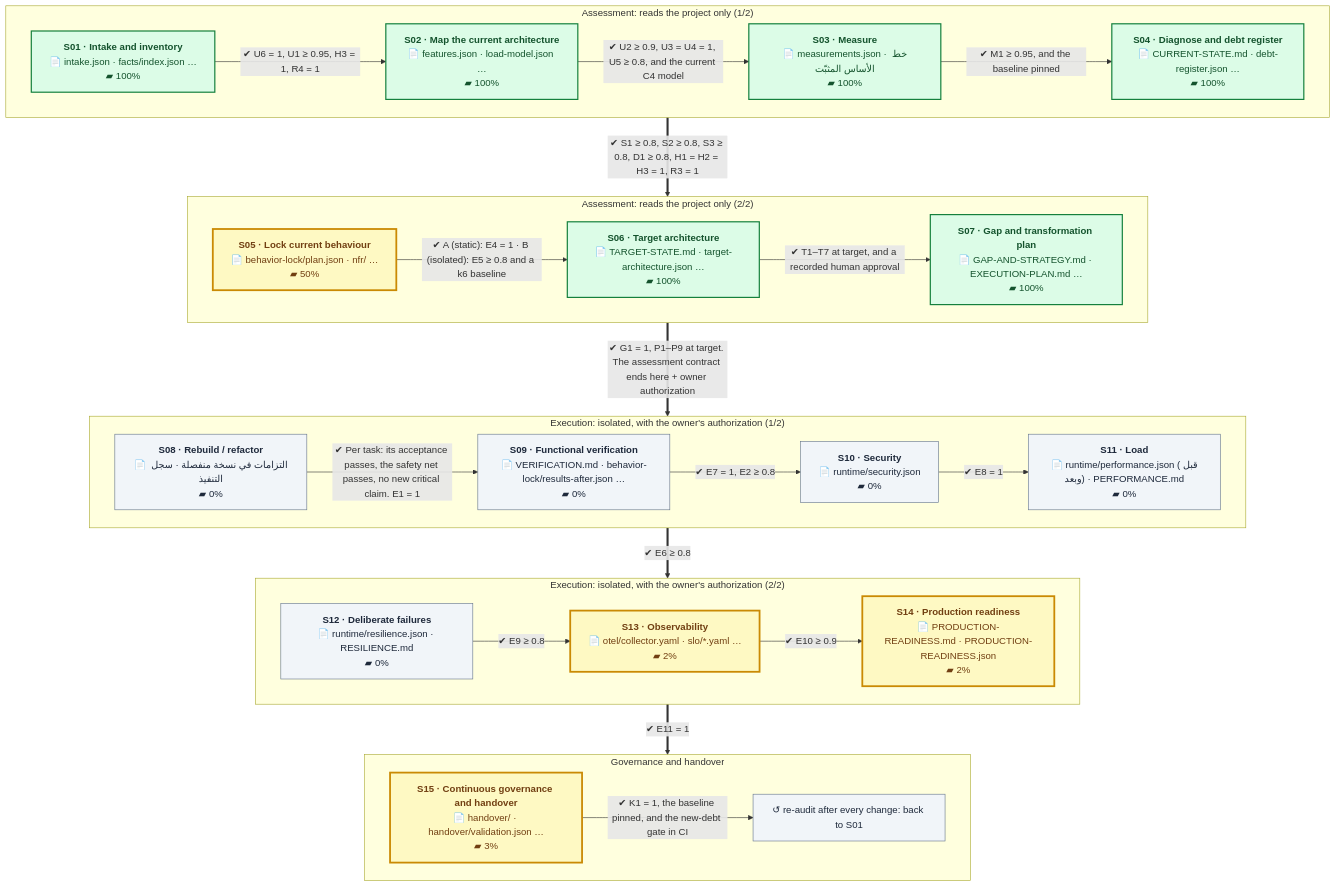
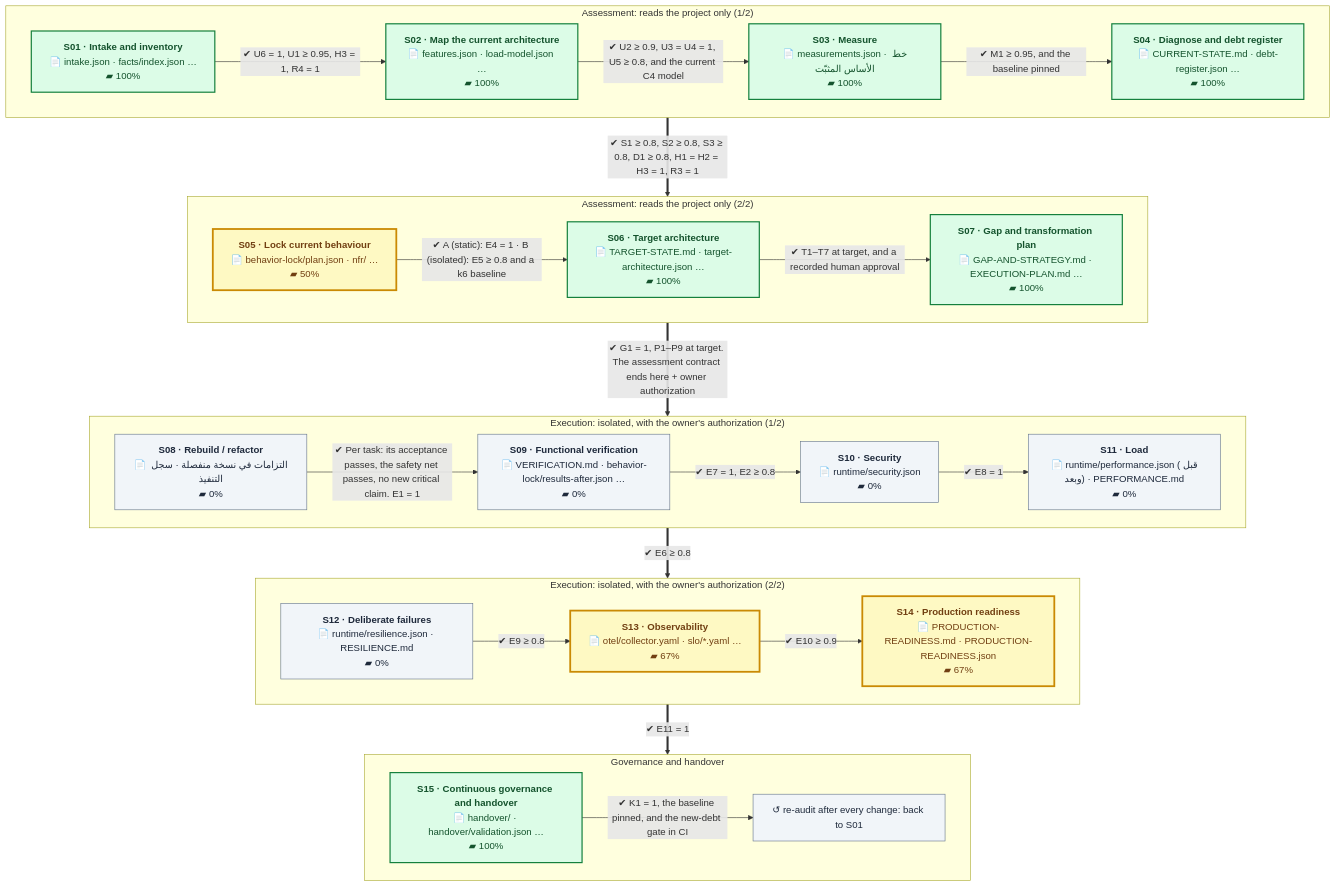
One commit to eom1417/engineering-audit-os changed the first of 2 diagrams in README.en.md. Above: the diagram before and after it, drawn with Mermaid. The commit also changed other lines of this file and 26 other files, not shown here.

````diff
--- a/README.en.md
+++ b/README.en.md
@@ -52,54 +52,54 @@
 ```mermaid
 %%{init: {'flowchart': {'wrappingWidth': 260, 'nodeSpacing': 40, 'rankSpacing': 60}}}%%
 flowchart TB
     subgraph P1["Assessment: reads the project only (1/2)"]
         direction LR
         S01["<b>S01 · Intake and inventory</b><br/>📄 intake.json · facts/index.json …<br/>▰ 100%"]:::done
         S02["<b>S02 · Map the current architecture</b><br/>📄 features.json · load-model.json …<br/>▰ 100%"]:::done
         S03["<b>S03 · Measure</b><br/>📄 measurements.json · خط الأساس المثبّت<br/>▰ 100%"]:::done
         S04["<b>S04 · Diagnose and debt register</b><br/>📄 CURRENT-STATE.md · debt-register.json …<br/>▰ 100%"]:::done
         S01 -->|"✔ U6 = 1, U1 ≥ 0.95, H3 = 1, R4 = 1"| S02
         S02 -->|"✔ U2 ≥ 0.9, U3 = U4 = 1, U5 ≥ 0.8, and the current C4 model"| S03
         S03 -->|"✔ M1 ≥ 0.95, and the baseline pinned"| S04
     end
     subgraph P2["Assessment: reads the project only (2/2)"]
         direction LR
         S05["<b>S05 · Lock current behaviour</b><br/>📄 behavior-lock/plan.json · nfr/ …<br/>▰ 50%"]:::current
         S06["<b>S06 · Target architecture</b><br/>📄 TARGET-STATE.md · target-architecture.json …<br/>▰ 100%"]:::done
         S07["<b>S07 · Gap and transformation plan</b><br/>📄 GAP-AND-STRATEGY.md · EXECUTION-PLAN.md …<br/>▰ 100%"]:::done
         S05 -->|"✔ A (static): E4 = 1 · B (isolated): E5 ≥ 0.8 and a k6 baseline"| S06
         S06 -->|"✔ T1–T7 at target, and a recorded human approval"| S07
     end
     subgraph P3["Execution: isolated, with the owner's authorization (1/2)"]
         direction LR
         S08["<b>S08 · Rebuild / refactor</b><br/>📄 التزامات في نسخة منفصلة · سجل التنفيذ<br/>▰ 0%"]:::next
         S09["<b>S09 · Functional verification</b><br/>📄 VERIFICATION.md · behavior-lock/results-after.json …<br/>▰ 0%"]:::next
         S10["<b>S10 · Security</b><br/>📄 runtime/security.json<br/>▰ 0%"]:::next
         S11["<b>S11 · Load</b><br/>📄 runtime/performance.json (قبل وبعد) · PERFORMANCE.md<br/>▰ 0%"]:::next
         S08 -->|"✔ Per task: its acceptance passes, the safety net passes, no new critical claim. E1 = 1"| S09
         S09 -->|"✔ E7 = 1, E2 ≥ 0.8"| S10
         S10 -->|"✔ E8 = 1"| S11
     end
     subgraph P4["Execution: isolated, with the owner's authorization (2/2)"]
         direction LR
         S12["<b>S12 · Deliberate failures</b><br/>📄 runtime/resilience.json · RESILIENCE.md<br/>▰ 0%"]:::next
-        S13["<b>S13 · Observability</b><br/>📄 otel/collector.yaml · slo/*.yaml …<br/>▰ 2%"]:::current
-        S14["<b>S14 · Production readiness</b><br/>📄 PRODUCTION-READINESS.md · PRODUCTION-READINESS.json<br/>▰ 2%"]:::current
+        S13["<b>S13 · Observability</b><br/>📄 otel/collector.yaml · slo/*.yaml …<br/>▰ 67%"]:::current
+        S14["<b>S14 · Production readiness</b><br/>📄 PRODUCTION-READINESS.md · PRODUCTION-READINESS.json<br/>▰ 67%"]:::current
         S12 -->|"✔ E9 ≥ 0.8"| S13
         S13 -->|"✔ E10 ≥ 0.9"| S14
     end
     subgraph P5["Governance and handover"]
         direction LR
-        S15["<b>S15 · Continuous governance and handover</b><br/>📄 handover/ · handover/validation.json …<br/>▰ 3%"]:::current
+        S15["<b>S15 · Continuous governance and handover</b><br/>📄 handover/ · handover/validation.json …<br/>▰ 100%"]:::done
         LOOP["↺ re-audit after every change: back to S01"]:::next
         S15 -->|"✔ K1 = 1, the baseline pinned, and the new-debt gate in CI"| LOOP
     end
     P1 ==>|"✔ S1 ≥ 0.8, S2 ≥ 0.8, S3 ≥ 0.8, D1 ≥ 0.8, H1 = H2 = H3 = 1, R3 = 1"| P2
     P2 ==>|"✔ G1 = 1, P1–P9 at target. The assessment contract ends here + owner authorization"| P3
     P3 ==>|"✔ E6 ≥ 0.8"| P4
     P4 ==>|"✔ E11 = 1"| P5
     classDef done fill:#dcfce7,stroke:#15803d,color:#14532d,stroke-width:2px
     classDef current fill:#fef9c3,stroke:#ca8a04,color:#713f12,stroke-width:3px
     classDef next fill:#f1f5f9,stroke:#64748b,color:#1e293b
     classDef owner fill:#fee2e2,stroke:#b91c1c,color:#7f1d1d,stroke-dasharray:5 3
 ```
````
